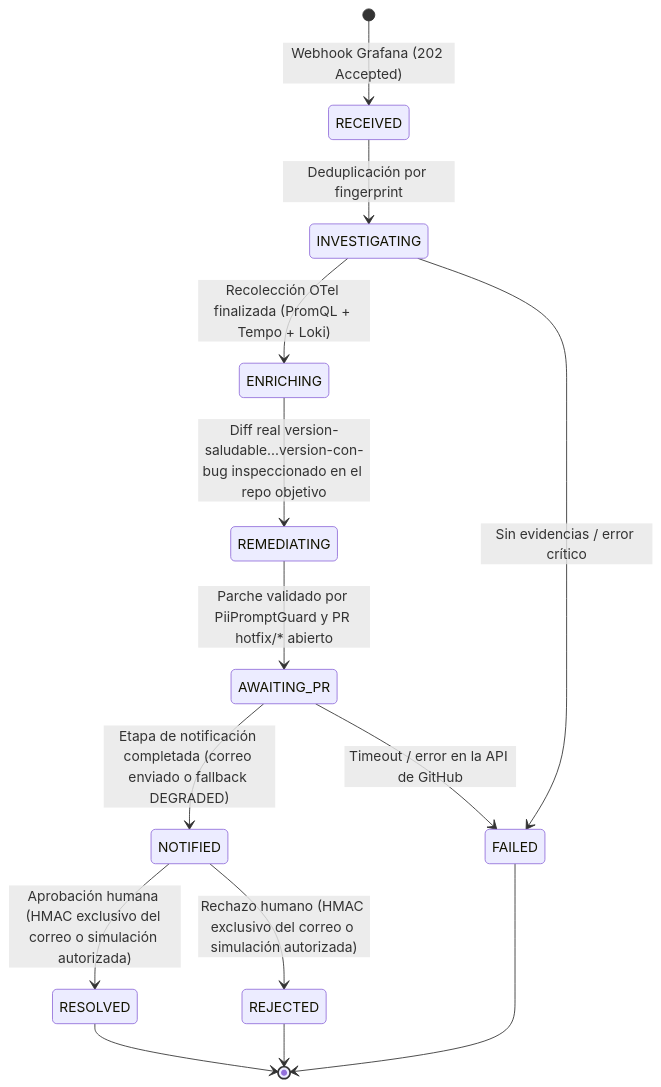
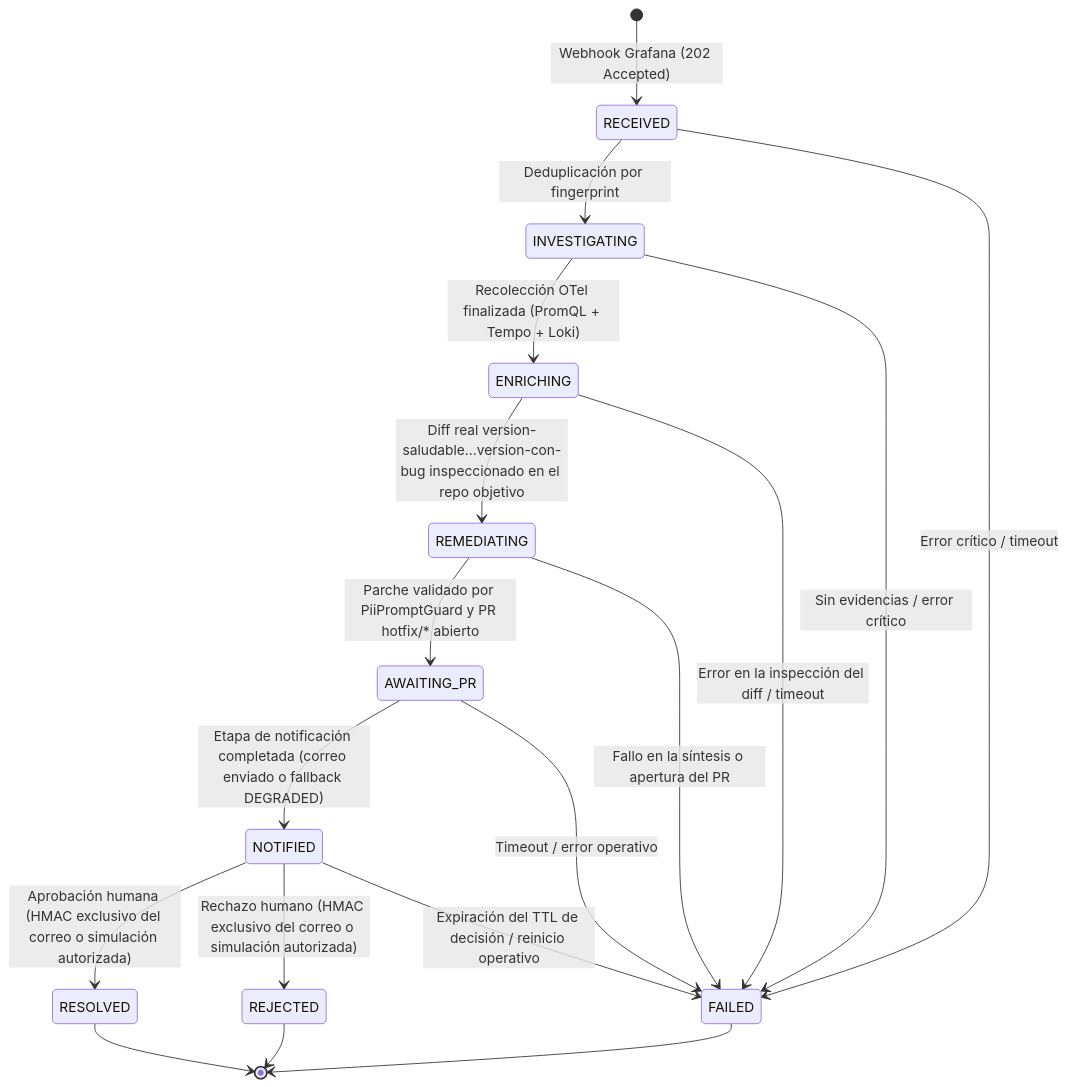
The second of 2 diagrams in apps/docs/i18n/es-ES/docusaurus-plugin-content-docs/current/architecture.md (AdmilsonGoncalves/zeromttr), drawn with Mermaid before and after one commit. The commit also changed other lines of this file and 15 other files, not shown here.

````diff
--- a/apps/docs/i18n/es-ES/docusaurus-plugin-content-docs/current/architecture.md
+++ b/apps/docs/i18n/es-ES/docusaurus-plugin-content-docs/current/architecture.md
@@ -59,17 +59,21 @@
 ```mermaid
 stateDiagram-v2
     direction TB
     [*] --> RECEIVED: Webhook Grafana (202 Accepted)
     RECEIVED --> INVESTIGATING: Deduplicación por fingerprint
+    RECEIVED --> FAILED: Error crítico / timeout
     INVESTIGATING --> ENRICHING: Recolección OTel finalizada (PromQL + Tempo + Loki)
     INVESTIGATING --> FAILED: Sin evidencias / error crítico
     ENRICHING --> REMEDIATING: Diff real version-saludable...version-con-bug inspeccionado en el repo objetivo
+    ENRICHING --> FAILED: Error en la inspección del diff / timeout
     REMEDIATING --> AWAITING_PR: Parche validado por PiiPromptGuard y PR hotfix/* abierto
+    REMEDIATING --> FAILED: Fallo en la síntesis o apertura del PR
     AWAITING_PR --> NOTIFIED: Etapa de notificación completada (correo enviado o fallback DEGRADED)
-    AWAITING_PR --> FAILED: Timeout / error en la API de GitHub
+    AWAITING_PR --> FAILED: Timeout / error operativo
     NOTIFIED --> RESOLVED: Aprobación humana (HMAC exclusivo del correo o simulación autorizada)
     NOTIFIED --> REJECTED: Rechazo humano (HMAC exclusivo del correo o simulación autorizada)
+    NOTIFIED --> FAILED: Expiración del TTL de decisión / reinicio operativo
     RESOLVED --> [*]
     REJECTED --> [*]
     FAILED --> [*]
 ```
````
